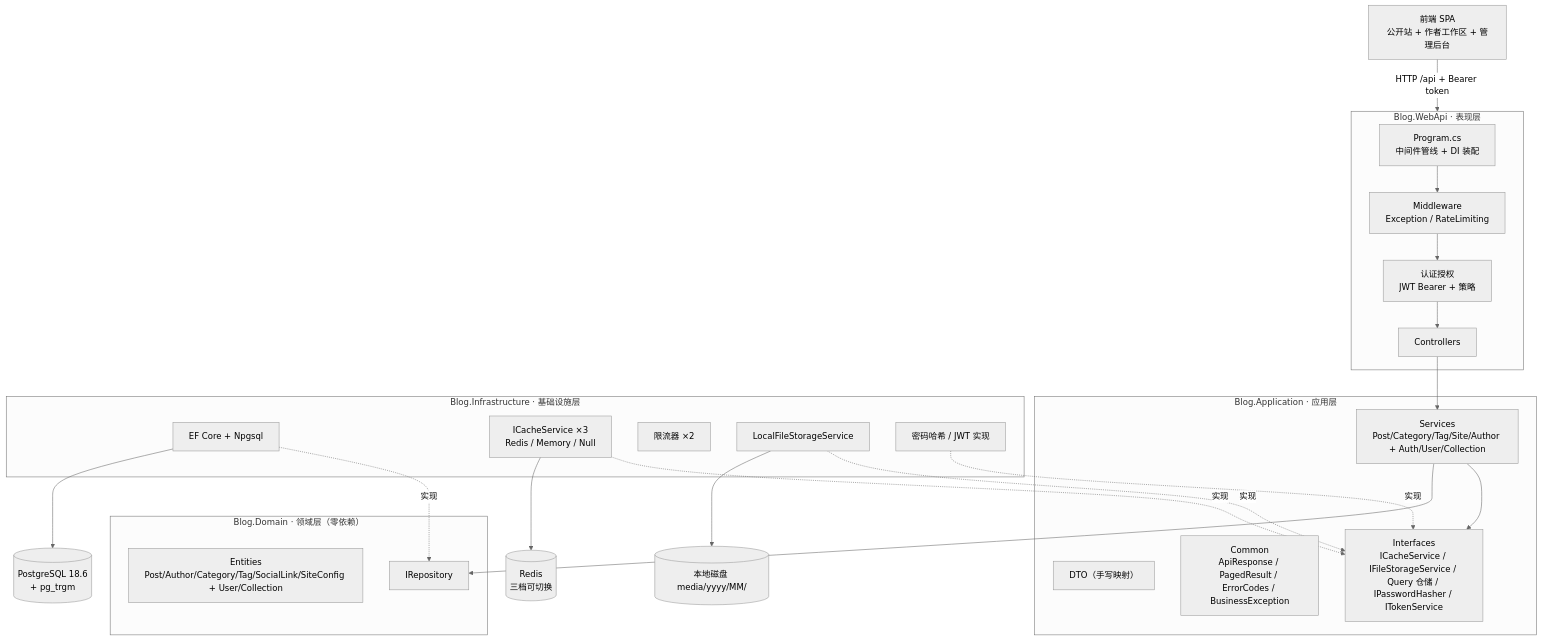
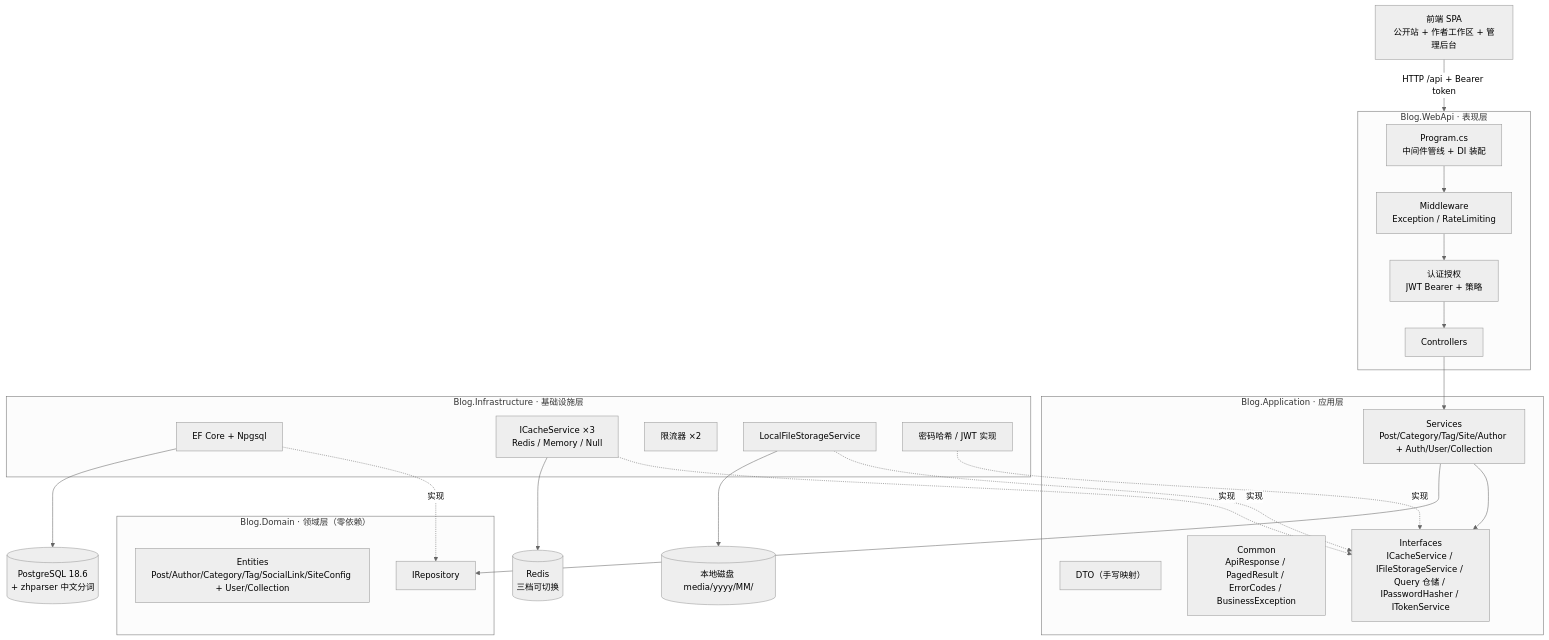
The first of 5 diagrams in docs/backend.md (whyitsy/blog-CI-CD), drawn with Mermaid (neutral theme) before and after one commit. The commit also changed other lines of this file and 7 other files, not shown here.

````diff
--- a/docs/backend.md
+++ b/docs/backend.md
@@ -98,42 +99,42 @@
 ```mermaid
 flowchart TB
   FE["前端 SPA<br/>公开站 + 作者工作区 + 管理后台"]
   subgraph WebApi["Blog.WebApi · 表现层"]
     P["Program.cs<br/>中间件管线 + DI 装配"]
     C["Controllers"]
     M["Middleware<br/>Exception / RateLimiting"]
     AU["认证授权<br/>JWT Bearer + 策略"]
   end
   subgraph App["Blog.Application · 应用层"]
     S["Services<br/>Post/Category/Tag/Site/Author + Auth/User/Collection"]
     D["DTO（手写映射）"]
     CM["Common<br/>ApiResponse / PagedResult / ErrorCodes / BusinessException"]
     I["Interfaces<br/>ICacheService / IFileStorageService / Query 仓储 / IPasswordHasher / ITokenService"]
   end
   subgraph Domain["Blog.Domain · 领域层（零依赖）"]
     E["Entities<br/>Post/Author/Category/Tag/SocialLink/SiteConfig + User/Collection"]
     R["IRepository"]
   end
   subgraph Infra["Blog.Infrastructure · 基础设施层"]
     EF["EF Core + Npgsql"]
     CA["ICacheService ×3<br/>Redis / Memory / Null"]
     RL["限流器 ×2"]
     FS["LocalFileStorageService"]
     SEC["密码哈希 / JWT 实现"]
   end
-  DB[("PostgreSQL 18.6<br/>+ pg_trgm")]
+  DB[("PostgreSQL 18.6<br/>+ zhparser 中文分词")]
   RD[("Redis<br/>三档可切换")]
   DISK[("本地磁盘 media/yyyy/MM/")]
 
   FE -->|"HTTP /api + Bearer token"| WebApi
   P --> M --> AU --> C --> S
   S --> I
   S --> R
   EF -.实现.-> R
   CA -.实现.-> I
   FS -.实现.-> I
   SEC -.实现.-> I
   EF --> DB
   CA --> RD
   FS --> DISK
 ```
````
